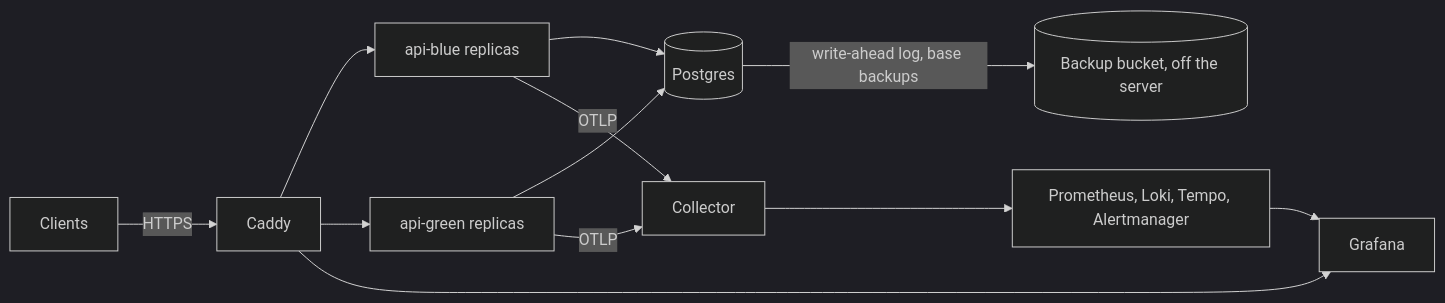
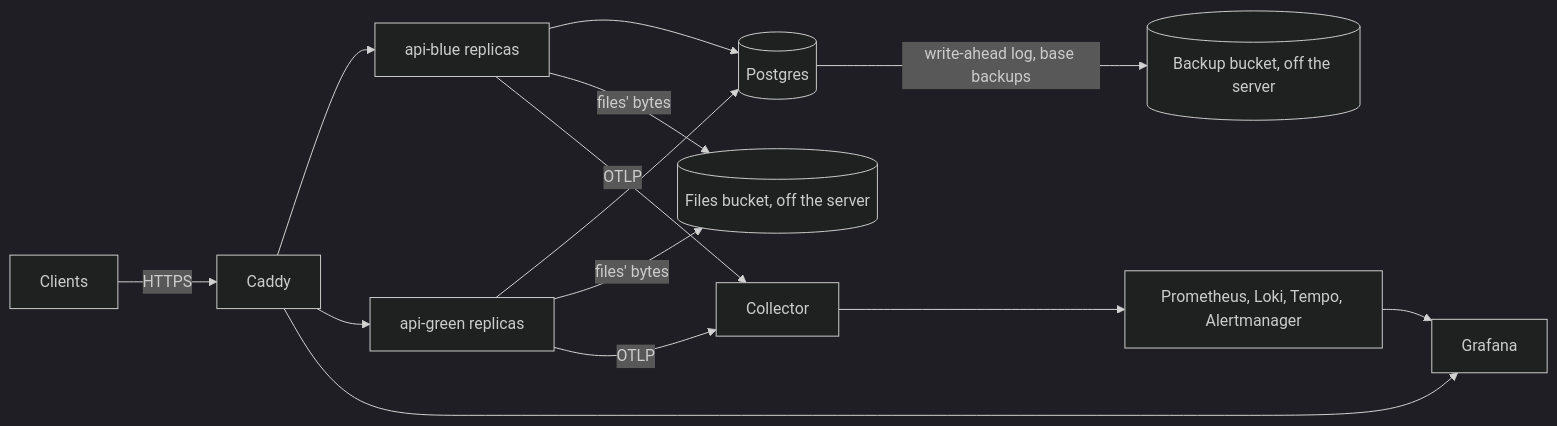
The diagram in docs/operations/deploy.md (Grebyn35/AntWorker-API-Rust), drawn with Mermaid (dark theme) before and after one commit. The commit also changed other lines of this file and 81 other files, not shown here.

````diff
--- a/docs/operations/deploy.md
+++ b/docs/operations/deploy.md
@@ -7,11 +7,12 @@
 ```mermaid
 flowchart LR
   client[Clients] -- HTTPS --> caddy[Caddy]
   caddy --> blue[api-blue replicas] & green[api-green replicas]
   caddy --> grafana[Grafana]
   blue & green --> postgres[(Postgres)]
+  blue & green -- files' bytes --> files[(Files bucket, off the server)]
   postgres -- write-ahead log, base backups --> bucket[(Backup bucket, off the server)]
   blue & green -- OTLP --> collector[Collector]
   collector --> stack[Prometheus, Loki, Tempo, Alertmanager]
   stack --> grafana
 ```
````
